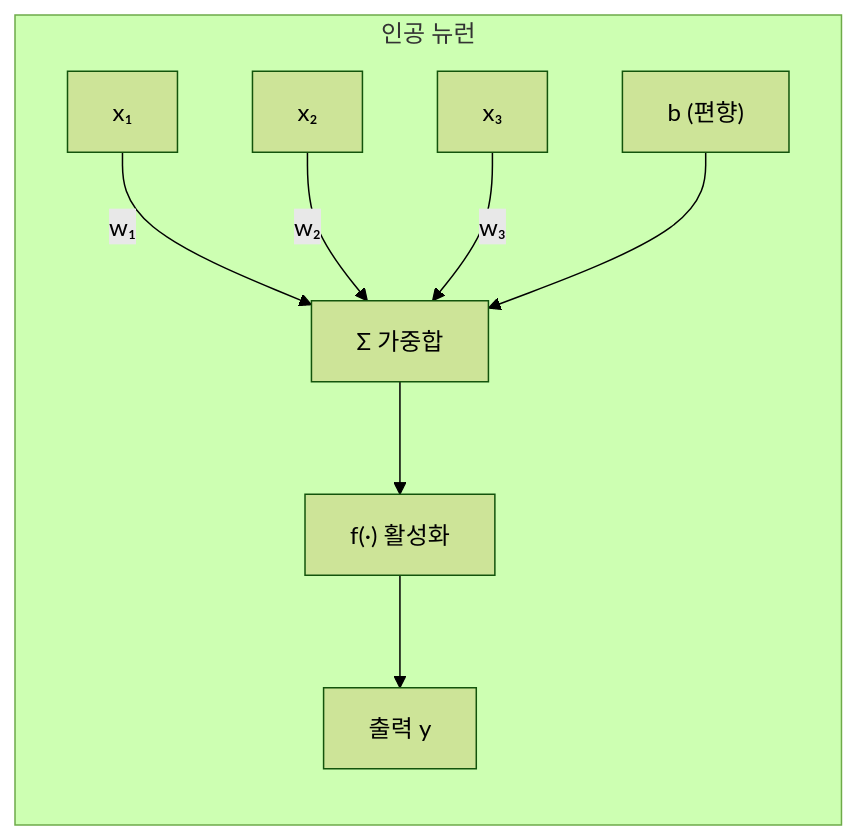
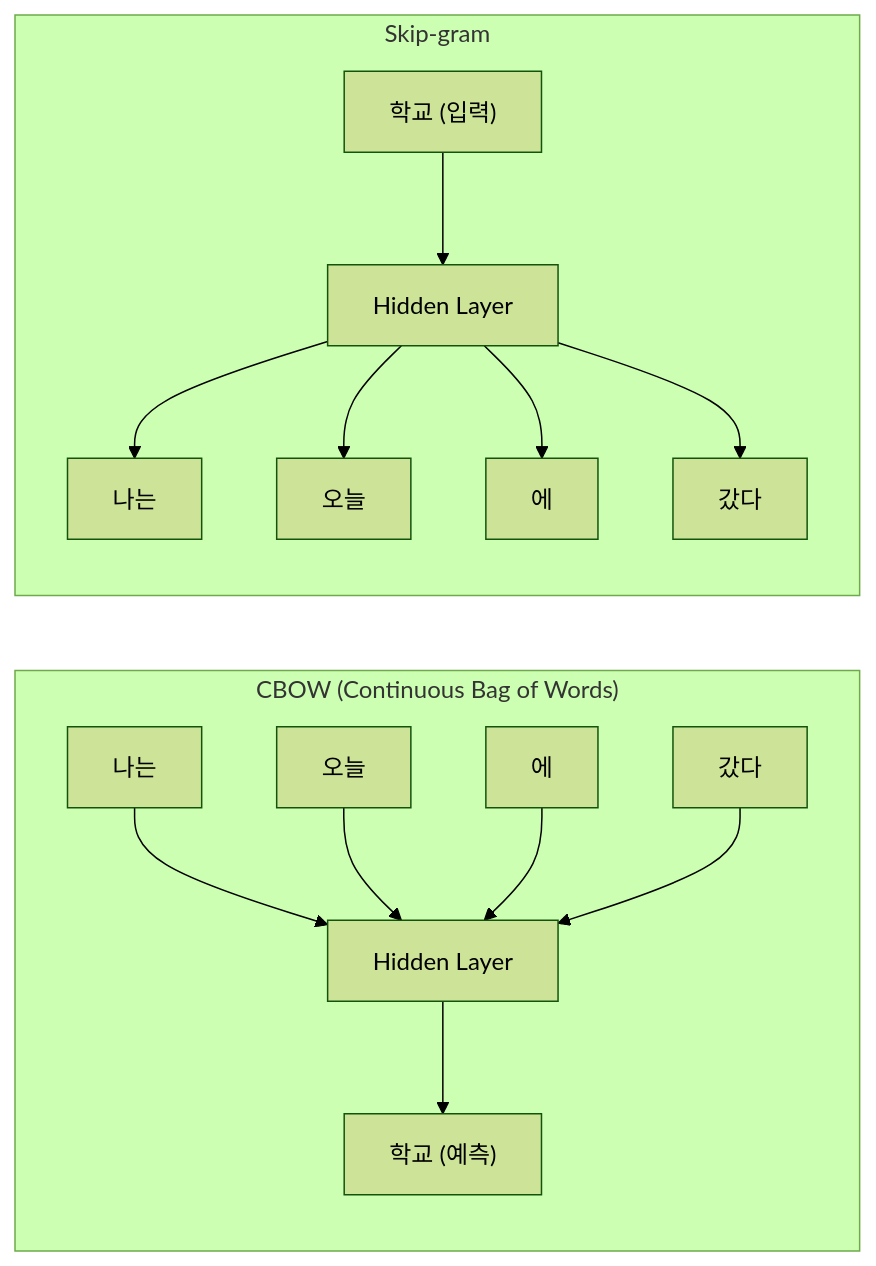
One commit to LeeSeogMin/2026NLP changed the first of 4 diagrams in docs/ch3.md. Above: the diagram before and after it, drawn with Mermaid (forest theme). The commit also changed other lines of this file and 34 other files, not shown here.

````diff
--- a/docs/ch3.md
+++ b/docs/ch3.md
@@ -27,12 +58,20 @@
 ```mermaid
 flowchart LR
-    subgraph Artificial["인공 뉴런"]
+    subgraph CBOW["CBOW (Continuous Bag of Words)"]
         direction TB
-        X1["x₁"] -->|"w₁"| SUM["Σ 가중합"]
-        X2["x₂"] -->|"w₂"| SUM
-        X3["x₃"] -->|"w₃"| SUM
-        B["b (편향)"] --> SUM
-        SUM --> ACT["f(·) 활성화"]
-        ACT --> Y["출력 y"]
+        C1["나는"] --> P1["Hidden Layer"]
+        C2["오늘"] --> P1
+        C3["에"] --> P1
+        C4["갔다"] --> P1
+        P1 --> T1["학교 (예측)"]
+    end
+
+    subgraph Skip["Skip-gram"]
+        direction TB
+        T2["학교 (입력)"] --> P2["Hidden Layer"]
+        P2 --> C5["나는"]
+        P2 --> C6["오늘"]
+        P2 --> C7["에"]
+        P2 --> C8["갔다"]
     end
 ```
````
